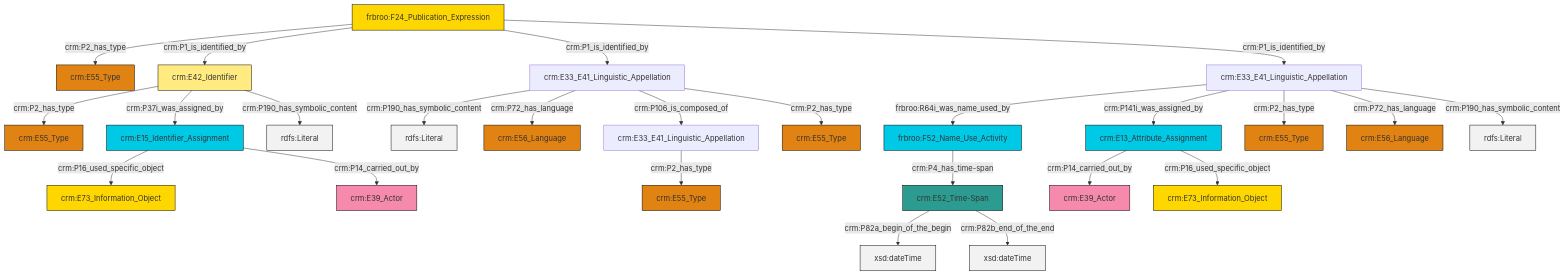
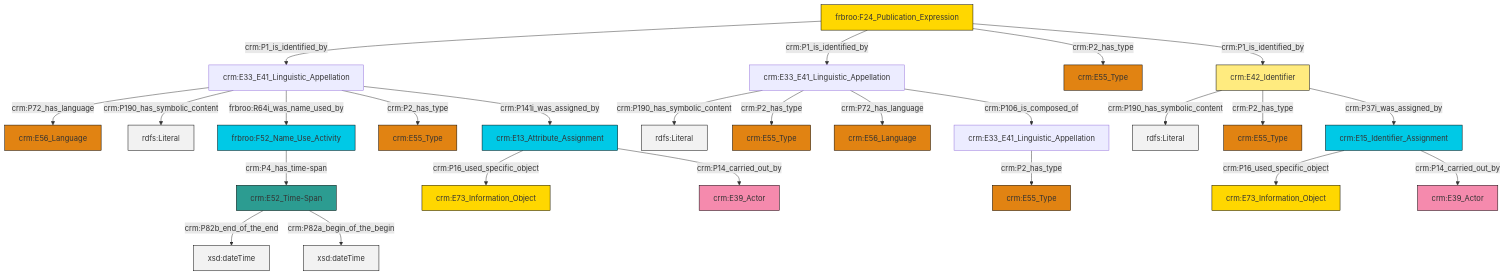
Before and after one commit to swiss-art-research-net/reference-data-models: the diagram in et/biblioCSV/ttl/mmd/biblio_name.ttl.mmd, drawn with Mermaid. The commit also changed 128 other files, not shown here.

```diff
--- a/et/biblioCSV/ttl/mmd/biblio_name.ttl.mmd
+++ b/et/biblioCSV/ttl/mmd/biblio_name.ttl.mmd
@@ -1,39 +1,39 @@
 graph TD
 classDef Literal fill:#f2f2f2,stroke:#000000;
 classDef CRM_Entity fill:#FFFFFF,stroke:#000000;
 classDef Temporal_Entity fill:#00C9E6, stroke:#000000;
 classDef Type fill:#E18312, stroke:#000000;
 classDef Time-Span fill:#2C9C91, stroke:#000000;
 classDef Appellation fill:#FFEB7F, stroke:#000000;
 classDef Place fill:#008836, stroke:#000000;
 classDef Persistent_Item fill:#B266B2, stroke:#000000;
 classDef Conceptual_Object fill:#FFD700, stroke:#000000;
 classDef Physical_Thing fill:#D2B48C, stroke:#000000;
 classDef Actor fill:#f58aad, stroke:#000000;
 classDef PC_Classes fill:#4ce600, stroke:#000000;
 classDef Multi fill:#cccccc,stroke:#000000;
 
-2["crm:E33_E41_Linguistic_Appellation"]:::Default -->|frbroo:R64i_was_name_used_by| 3["frbroo:F52_Name_Use_Activity"]:::Temporal_Entity
-6["crm:E33_E41_Linguistic_Appellation"]:::Default -->|crm:P190_has_symbolic_content| 7[rdfs:Literal]:::Literal
-12["crm:E15_Identifier_Assignment"]:::Temporal_Entity -->|crm:P16_used_specific_object| 14["crm:E73_Information_Object"]:::Conceptual_Object
-6["crm:E33_E41_Linguistic_Appellation"]:::Default -->|crm:P72_has_language| 20["crm:E56_Language"]:::Type
-21["crm:E42_Identifier"]:::Appellation -->|crm:P2_has_type| 16["crm:E55_Type"]:::Type
-6["crm:E33_E41_Linguistic_Appellation"]:::Default -->|crm:P106_is_composed_of| 8["crm:E33_E41_Linguistic_Appellation"]:::Default
-23["crm:E52_Time-Span"]:::Time-Span -->|crm:P82a_begin_of_the_begin| 24[xsd:dateTime]:::Literal
-3["frbroo:F52_Name_Use_Activity"]:::Temporal_Entity -->|crm:P4_has_time-span| 23["crm:E52_Time-Span"]:::Time-Span
-21["crm:E42_Identifier"]:::Appellation -->|crm:P37i_was_assigned_by| 12["crm:E15_Identifier_Assignment"]:::Temporal_Entity
-23["crm:E52_Time-Span"]:::Time-Span -->|crm:P82b_end_of_the_end| 28[xsd:dateTime]:::Literal
-2["crm:E33_E41_Linguistic_Appellation"]:::Default -->|crm:P141i_was_assigned_by| 30["crm:E13_Attribute_Assignment"]:::Temporal_Entity
-10["frbroo:F24_Publication_Expression"]:::Conceptual_Object -->|crm:P2_has_type| 25["crm:E55_Type"]:::Type
-21["crm:E42_Identifier"]:::Appellation -->|crm:P190_has_symbolic_content| 33[rdfs:Literal]:::Literal
-10["frbroo:F24_Publication_Expression"]:::Conceptual_Object -->|crm:P1_is_identified_by| 21["crm:E42_Identifier"]:::Appellation
-30["crm:E13_Attribute_Assignment"]:::Temporal_Entity -->|crm:P14_carried_out_by| 36["crm:E39_Actor"]:::Actor
-2["crm:E33_E41_Linguistic_Appellation"]:::Default -->|crm:P2_has_type| 38["crm:E55_Type"]:::Type
-2["crm:E33_E41_Linguistic_Appellation"]:::Default -->|crm:P72_has_language| 31["crm:E56_Language"]:::Type
-12["crm:E15_Identifier_Assignment"]:::Temporal_Entity -->|crm:P14_carried_out_by| 0["crm:E39_Actor"]:::Actor
-2["crm:E33_E41_Linguistic_Appellation"]:::Default -->|crm:P190_has_symbolic_content| 39[rdfs:Literal]:::Literal
-10["frbroo:F24_Publication_Expression"]:::Conceptual_Object -->|crm:P1_is_identified_by| 6["crm:E33_E41_Linguistic_Appellation"]:::Default
-10["frbroo:F24_Publication_Expression"]:::Conceptual_Object -->|crm:P1_is_identified_by| 2["crm:E33_E41_Linguistic_Appellation"]:::Default
-6["crm:E33_E41_Linguistic_Appellation"]:::Default -->|crm:P2_has_type| 18["crm:E55_Type"]:::Type
-30["crm:E13_Attribute_Assignment"]:::Temporal_Entity -->|crm:P16_used_specific_object| 34["crm:E73_Information_Object"]:::Conceptual_Object
-8["crm:E33_E41_Linguistic_Appellation"]:::Default -->|crm:P2_has_type| 4["crm:E55_Type"]:::Type
+0["frbroo:F24_Publication_Expression"]:::Conceptual_Object -->|crm:P1_is_identified_by| 1["crm:E33_E41_Linguistic_Appellation"]:::Default
+12["crm:E33_E41_Linguistic_Appellation"]:::Default -->|crm:P190_has_symbolic_content| 13[rdfs:Literal]:::Literal
+0["frbroo:F24_Publication_Expression"]:::Conceptual_Object -->|crm:P1_is_identified_by| 12["crm:E33_E41_Linguistic_Appellation"]:::Default
+14["crm:E52_Time-Span"]:::Time-Span -->|crm:P82b_end_of_the_end| 15[xsd:dateTime]:::Literal
+0["frbroo:F24_Publication_Expression"]:::Conceptual_Object -->|crm:P2_has_type| 16["crm:E55_Type"]:::Type
+19["crm:E15_Identifier_Assignment"]:::Temporal_Entity -->|crm:P16_used_specific_object| 20["crm:E73_Information_Object"]:::Conceptual_Object
+1["crm:E33_E41_Linguistic_Appellation"]:::Default -->|crm:P72_has_language| 21["crm:E56_Language"]:::Type
+14["crm:E52_Time-Span"]:::Time-Span -->|crm:P82a_begin_of_the_begin| 22[xsd:dateTime]:::Literal
+12["crm:E33_E41_Linguistic_Appellation"]:::Default -->|crm:P2_has_type| 23["crm:E55_Type"]:::Type
+24["crm:E33_E41_Linguistic_Appellation"]:::Default -->|crm:P2_has_type| 2["crm:E55_Type"]:::Type
+6["frbroo:F52_Name_Use_Activity"]:::Temporal_Entity -->|crm:P4_has_time-span| 14["crm:E52_Time-Span"]:::Time-Span
+10["crm:E42_Identifier"]:::Appellation -->|crm:P190_has_symbolic_content| 29[rdfs:Literal]:::Literal
+30["crm:E13_Attribute_Assignment"]:::Temporal_Entity -->|crm:P16_used_specific_object| 4["crm:E73_Information_Object"]:::Conceptual_Object
+12["crm:E33_E41_Linguistic_Appellation"]:::Default -->|crm:P72_has_language| 26["crm:E56_Language"]:::Type
+10["crm:E42_Identifier"]:::Appellation -->|crm:P2_has_type| 40["crm:E55_Type"]:::Type
+1["crm:E33_E41_Linguistic_Appellation"]:::Default -->|crm:P190_has_symbolic_content| 41[rdfs:Literal]:::Literal
+12["crm:E33_E41_Linguistic_Appellation"]:::Default -->|crm:P106_is_composed_of| 24["crm:E33_E41_Linguistic_Appellation"]:::Default
+10["crm:E42_Identifier"]:::Appellation -->|crm:P37i_was_assigned_by| 19["crm:E15_Identifier_Assignment"]:::Temporal_Entity
+1["crm:E33_E41_Linguistic_Appellation"]:::Default -->|frbroo:R64i_was_name_used_by| 6["frbroo:F52_Name_Use_Activity"]:::Temporal_Entity
+0["frbroo:F24_Publication_Expression"]:::Conceptual_Object -->|crm:P1_is_identified_by| 10["crm:E42_Identifier"]:::Appellation
+30["crm:E13_Attribute_Assignment"]:::Temporal_Entity -->|crm:P14_carried_out_by| 8["crm:E39_Actor"]:::Actor
+1["crm:E33_E41_Linguistic_Appellation"]:::Default -->|crm:P2_has_type| 17["crm:E55_Type"]:::Type
+1["crm:E33_E41_Linguistic_Appellation"]:::Default -->|crm:P141i_was_assigned_by| 30["crm:E13_Attribute_Assignment"]:::Temporal_Entity
+19["crm:E15_Identifier_Assignment"]:::Temporal_Entity -->|crm:P14_carried_out_by| 43["crm:E39_Actor"]:::Actor
```
